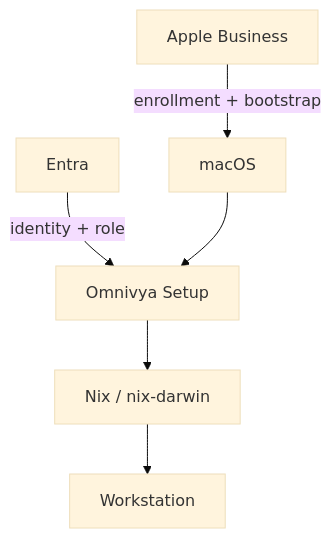
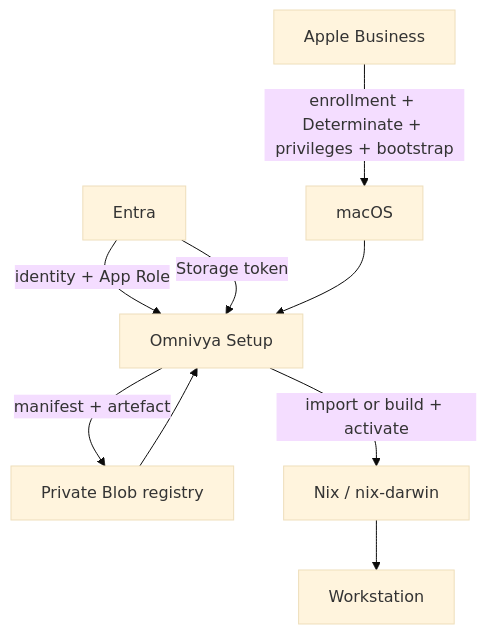
The diagram in src/content/blog/2026-10-03-provisioning-mac-pas-probleme-mdm.md (EtienneDeneuve/etiennedeneuve.github.io), drawn with Mermaid (base theme) before and after one commit. The commit also changed other lines of this file, not shown here.

Commit message:
content: sync article 1 with current registry architecture

```diff
--- a/src/content/blog/2026-10-03-provisioning-mac-pas-probleme-mdm.md
+++ b/src/content/blog/2026-10-03-provisioning-mac-pas-probleme-mdm.md
@@ -105,8 +105,11 @@
 ~~~mermaid
 flowchart TD
-    A[Apple Business] -->|enrollment + bootstrap| B[macOS]
-    C[Entra] -->|identity + role| D[Omnivya Setup]
+    A[Apple Business] -->|enrollment + Determinate + privileges + bootstrap| B[macOS]
+    C[Entra] -->|identity + App Role| D[Omnivya Setup]
+    C -->|Storage token| D
     B --> D
-    D --> E[Nix / nix-darwin]
-    E --> F[Workstation]
+    D -->|manifest + artefact| E[Private Blob registry]
+    E --> D
+    D -->|import or build + activate| F[Nix / nix-darwin]
+    F --> G[Workstation]
 ~~~
```
